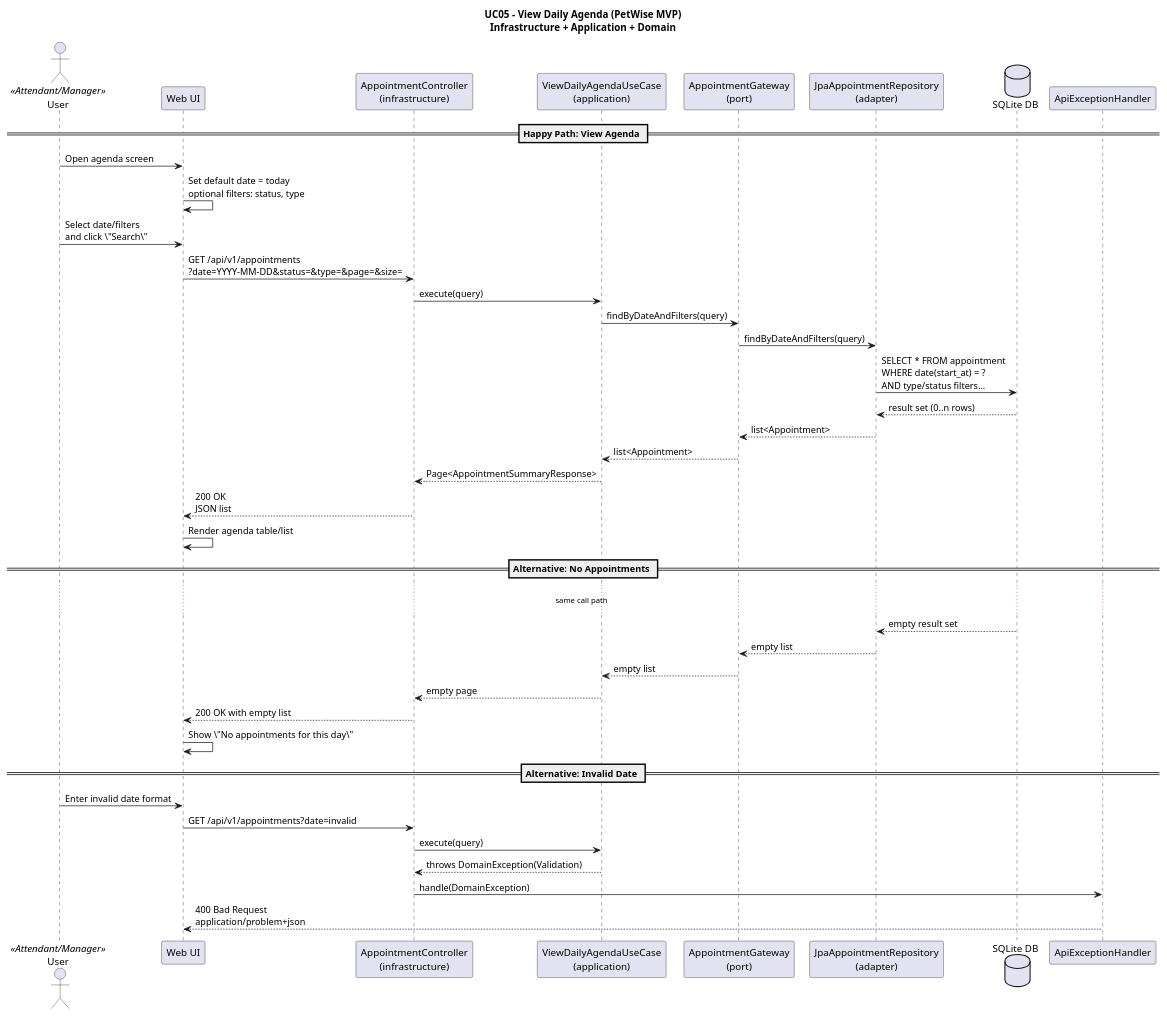
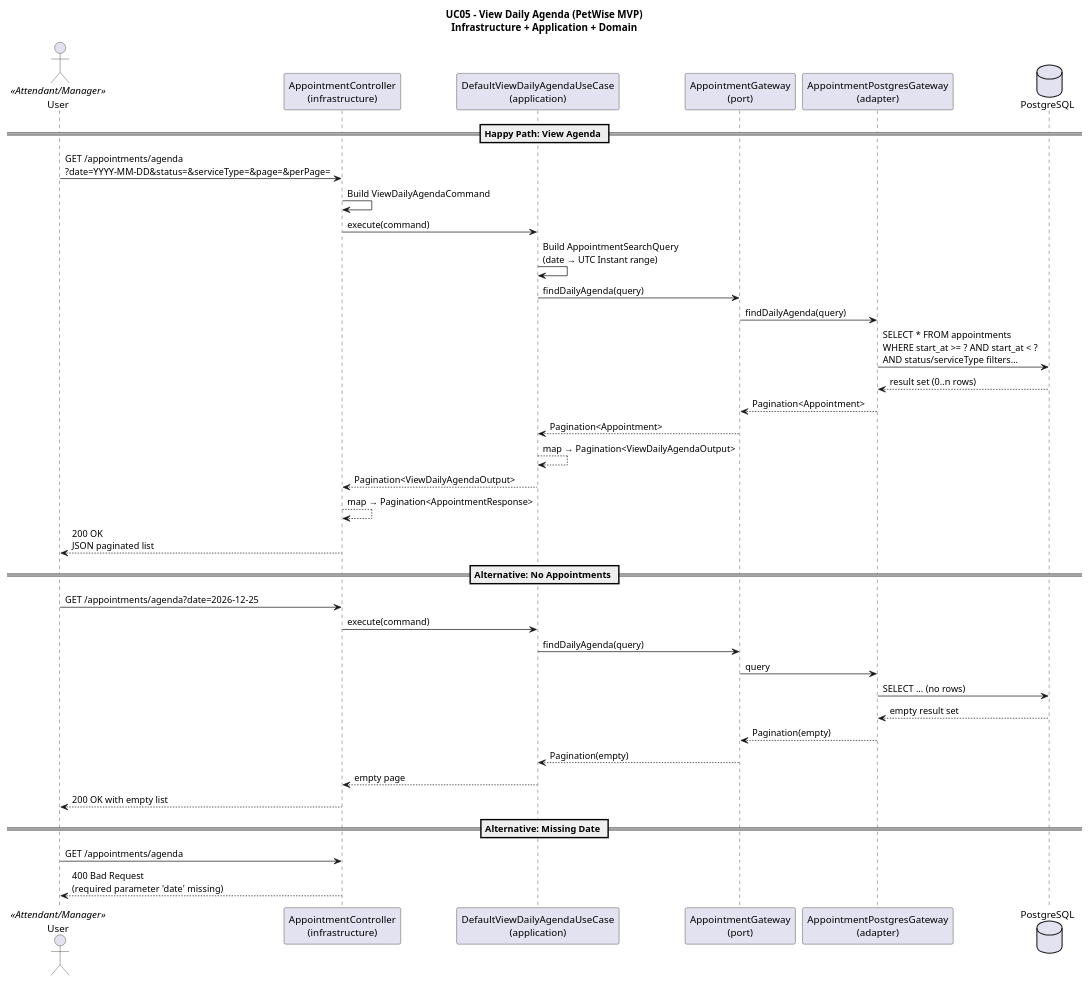
Before and after one commit to DenisWm/petwise-mvp: the diagram in docs/architecture/sequences/uc05-view-daily-agenda.puml, drawn with PlantUML. The commit also changed 176 other files, not shown here.

```diff
--- a/docs/architecture/sequences/uc05-view-daily-agenda.puml
+++ b/docs/architecture/sequences/uc05-view-daily-agenda.puml
@@ -1,53 +1,48 @@
 @startuml
 title UC05 - View Daily Agenda (PetWise MVP)\nInfrastructure + Application + Domain
 
 actor User as U  <<Attendant/Manager>>
-participant "Web UI" as UI
 participant "AppointmentController\n(infrastructure)" as C
-participant "ViewDailyAgendaUseCase\n(application)" as UC
+participant "DefaultViewDailyAgendaUseCase\n(application)" as UC
 participant "AppointmentGateway\n(port)" as GApp
-participant "JpaAppointmentRepository\n(adapter)" as AApp
-database "SQLite DB" as DB
+participant "AppointmentPostgresGateway\n(adapter)" as AApp
+database "PostgreSQL" as DB
 
 == Happy Path: View Agenda ==
 
-U -> UI : Open agenda screen
-UI -> UI : Set default date = today\noptional filters: status, type
+U -> C : GET /appointments/agenda\n?date=YYYY-MM-DD&status=&serviceType=&page=&perPage=
+C -> C : Build ViewDailyAgendaCommand
+C -> UC : execute(command)
 
-U -> UI : Select date/filters\nand click \"Search\"
-UI -> C : GET /api/v1/appointments\n?date=YYYY-MM-DD&status=&type=&page=&size=
-C -> UC : execute(query)
+UC -> UC : Build AppointmentSearchQuery\n(date → UTC Instant range)
+UC -> GApp : findDailyAgenda(query)
+GApp -> AApp : findDailyAgenda(query)
+AApp -> DB : SELECT * FROM appointments\nWHERE start_at >= ? AND start_at < ?\nAND status/serviceType filters...
+DB --> AApp : result set (0..n rows)
+AApp --> GApp : Pagination<Appointment>
+GApp --> UC : Pagination<Appointment>
 
-UC -> GApp : findByDateAndFilters(query)
-GApp -> AApp : findByDateAndFilters(query)
-AApp -> DB : SELECT * FROM appointment\nWHERE date(start_at) = ?\nAND type/status filters...
-DB --> AApp : result set (0..n rows)
-AApp --> GApp : list<Appointment>
-GApp --> UC : list<Appointment>
-
-UC --> C : Page<AppointmentSummaryResponse>
-C --> UI : 200 OK\nJSON list
-
-UI -> UI : Render agenda table/list
+UC --> UC : map → Pagination<ViewDailyAgendaOutput>
+UC --> C : Pagination<ViewDailyAgendaOutput>
+C --> C : map → Pagination<AppointmentResponse>
+C --> U : 200 OK\nJSON paginated list
 
 == Alternative: No Appointments ==
 
-... same call path ...
+U -> C : GET /appointments/agenda?date=2026-12-25
+C -> UC : execute(command)
+UC -> GApp : findDailyAgenda(query)
+GApp -> AApp : query
+AApp -> DB : SELECT ... (no rows)
+DB --> AApp : empty result set
+AApp --> GApp : Pagination(empty)
+GApp --> UC : Pagination(empty)
+UC --> C : empty page
+C --> U : 200 OK with empty list
 
-DB --> AApp : empty result set
-AApp --> GApp : empty list
-GApp --> UC : empty list
-UC --> C : empty page
-C --> UI : 200 OK with empty list
-UI -> UI : Show \"No appointments for this day\"
+== Alternative: Missing Date ==
 
-== Alternative: Invalid Date ==
-
-U -> UI : Enter invalid date format
-UI -> C : GET /api/v1/appointments?date=invalid
-C -> UC : execute(query)
-UC --> C : throws DomainException(Validation)
-C -> "ApiExceptionHandler" as H : handle(DomainException)
-H --> UI : 400 Bad Request\napplication/problem+json
+U -> C : GET /appointments/agenda
+C --> U : 400 Bad Request\n(required parameter 'date' missing)
 
 @enduml
```
